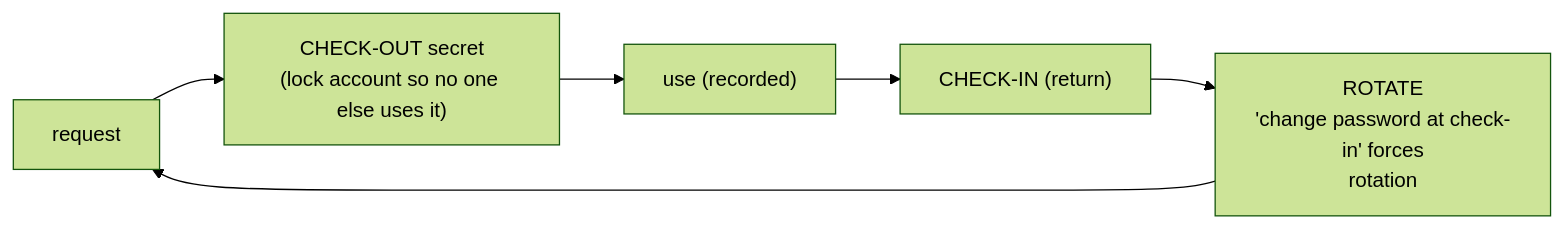
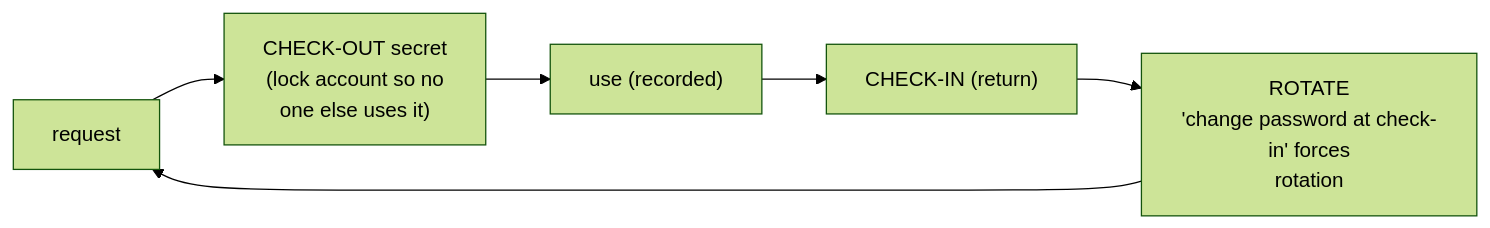
One commit to morandeirachema/WallixCerts changed the third of 3 diagrams in foundations/privileged-accounts-and-credentials.md. Above: the diagram before and after it, drawn with Mermaid (forest theme). The commit also changed other lines of this file and 35 other files, not shown here.

First line of the commit message:
Tidy Mermaid boxes: balanced wrapping at a narrower width (36)

````diff
--- a/foundations/privileged-accounts-and-credentials.md
+++ b/foundations/privileged-accounts-and-credentials.md
@@ -117,8 +117,8 @@
 ```mermaid
 flowchart LR
-    Req["request"] --> CO["CHECK-OUT secret<br/>(lock account so no one else uses it)"]
+    Req["request"] --> CO["CHECK-OUT secret<br/>(lock account so no<br/>one else uses it)"]
     CO --> Use["use (recorded)"]
     Use --> CI["CHECK-IN (return)"]
     CI --> Rot["ROTATE<br/>'change password at check-in' forces<br/>rotation"]
     Rot --> Req
 ```
````
